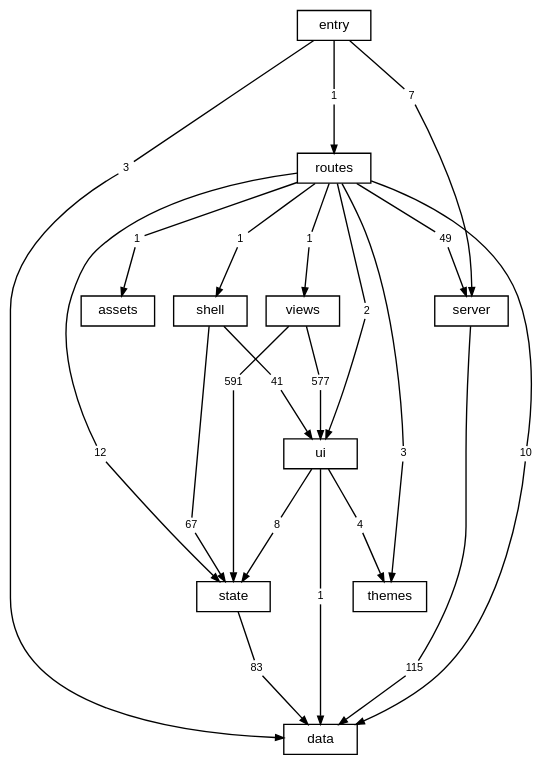
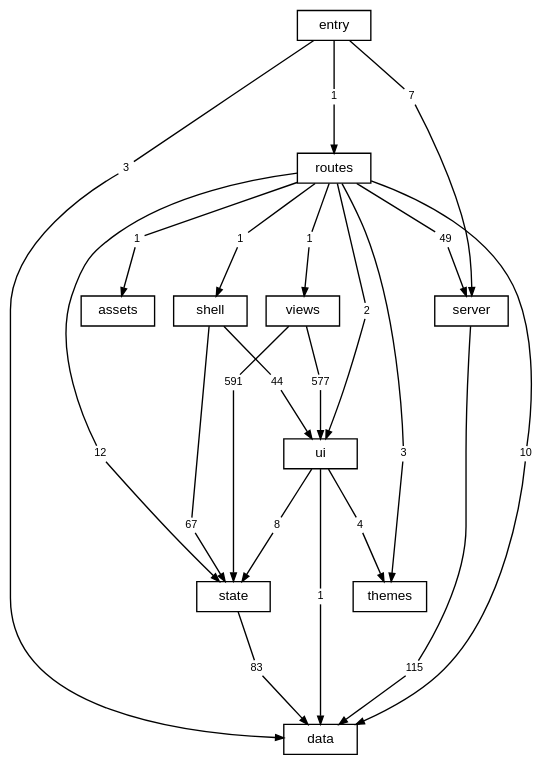
The diagram in docs/diagrams/layers.dot (TheAxeC/oculus), drawn with Graphviz before and after one commit. The commit also changed 26 other files, not shown here.

```diff
--- a/docs/diagrams/layers.dot
+++ b/docs/diagrams/layers.dot
@@ -1,75 +1,75 @@
 digraph layers {
     graph [bgcolor="transparent", rankdir=TB, newrank=true, fontname="Helvetica,Arial,sans-serif", fontsize=12, nodesep=0.2, ranksep=0.5];
     node [shape=box, color="black", fontcolor="black", fontname="Helvetica,Arial,sans-serif", fontsize=10, height=0.3, margin="0.12,0.04"];
     edge [color="black", fontcolor="black", fontname="Helvetica,Arial,sans-serif", fontsize=8, arrowsize=0.6];
     "data";
     "server";
     "state";
     "ui";
     "shell";
     "views";
     "themes";
     "routes";
     "src" [label="entry"];
     "files: assets" [label="assets"];
     "routes to data" [label="10", shape=box, color="transparent", fontsize=8, width=0, height=0, margin="0.04,0.02"];
     "routes" -> "routes to data" [arrowhead=none];
     "routes to data" -> "data" [];
     "routes to files: assets" [label="1", shape=box, color="transparent", fontsize=8, width=0, height=0, margin="0.04,0.02"];
     "routes" -> "routes to files: assets" [arrowhead=none];
     "routes to files: assets" -> "files: assets" [];
     "routes to server" [label="49", shape=box, color="transparent", fontsize=8, width=0, height=0, margin="0.04,0.02"];
     "routes" -> "routes to server" [arrowhead=none];
     "routes to server" -> "server" [];
     "routes to shell" [label="1", shape=box, color="transparent", fontsize=8, width=0, height=0, margin="0.04,0.02"];
     "routes" -> "routes to shell" [arrowhead=none];
     "routes to shell" -> "shell" [];
     "routes to state" [label="12", shape=box, color="transparent", fontsize=8, width=0, height=0, margin="0.04,0.02"];
     "routes" -> "routes to state" [arrowhead=none];
     "routes to state" -> "state" [];
     "routes to themes" [label="3", shape=box, color="transparent", fontsize=8, width=0, height=0, margin="0.04,0.02"];
     "routes" -> "routes to themes" [arrowhead=none];
     "routes to themes" -> "themes" [];
     "routes to ui" [label="2", shape=box, color="transparent", fontsize=8, width=0, height=0, margin="0.04,0.02"];
     "routes" -> "routes to ui" [arrowhead=none];
     "routes to ui" -> "ui" [];
     "routes to views" [label="1", shape=box, color="transparent", fontsize=8, width=0, height=0, margin="0.04,0.02"];
     "routes" -> "routes to views" [arrowhead=none];
     "routes to views" -> "views" [];
     "server to data" [label="115", shape=box, color="transparent", fontsize=8, width=0, height=0, margin="0.04,0.02"];
     "server" -> "server to data" [arrowhead=none];
     "server to data" -> "data" [];
     "shell to state" [label="67", shape=box, color="transparent", fontsize=8, width=0, height=0, margin="0.04,0.02"];
     "shell" -> "shell to state" [arrowhead=none];
     "shell to state" -> "state" [];
-    "shell to ui" [label="41", shape=box, color="transparent", fontsize=8, width=0, height=0, margin="0.04,0.02"];
+    "shell to ui" [label="44", shape=box, color="transparent", fontsize=8, width=0, height=0, margin="0.04,0.02"];
     "shell" -> "shell to ui" [arrowhead=none];
     "shell to ui" -> "ui" [];
     "src to data" [label="3", shape=box, color="transparent", fontsize=8, width=0, height=0, margin="0.04,0.02"];
     "src" -> "src to data" [arrowhead=none];
     "src to data" -> "data" [];
     "src to routes" [label="1", shape=box, color="transparent", fontsize=8, width=0, height=0, margin="0.04,0.02"];
     "src" -> "src to routes" [arrowhead=none];
     "src to routes" -> "routes" [];
     "src to server" [label="7", shape=box, color="transparent", fontsize=8, width=0, height=0, margin="0.04,0.02"];
     "src" -> "src to server" [arrowhead=none];
     "src to server" -> "server" [];
     "state to data" [label="83", shape=box, color="transparent", fontsize=8, width=0, height=0, margin="0.04,0.02"];
     "state" -> "state to data" [arrowhead=none];
     "state to data" -> "data" [];
     "ui to data" [label="1", shape=box, color="transparent", fontsize=8, width=0, height=0, margin="0.04,0.02"];
     "ui" -> "ui to data" [arrowhead=none];
     "ui to data" -> "data" [];
     "ui to state" [label="8", shape=box, color="transparent", fontsize=8, width=0, height=0, margin="0.04,0.02"];
     "ui" -> "ui to state" [arrowhead=none];
     "ui to state" -> "state" [];
     "ui to themes" [label="4", shape=box, color="transparent", fontsize=8, width=0, height=0, margin="0.04,0.02"];
     "ui" -> "ui to themes" [arrowhead=none];
     "ui to themes" -> "themes" [];
     "views to state" [label="591", shape=box, color="transparent", fontsize=8, width=0, height=0, margin="0.04,0.02"];
     "views" -> "views to state" [arrowhead=none];
     "views to state" -> "state" [];
     "views to ui" [label="577", shape=box, color="transparent", fontsize=8, width=0, height=0, margin="0.04,0.02"];
     "views" -> "views to ui" [arrowhead=none];
     "views to ui" -> "ui" [];
 }
```
